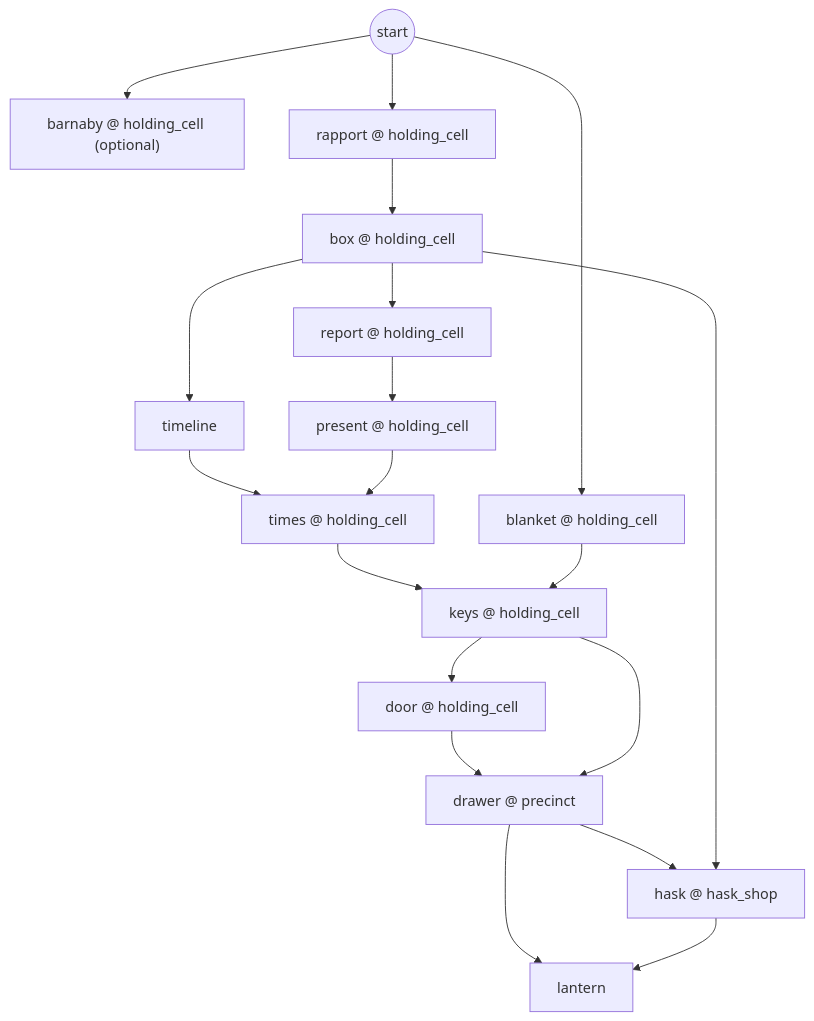
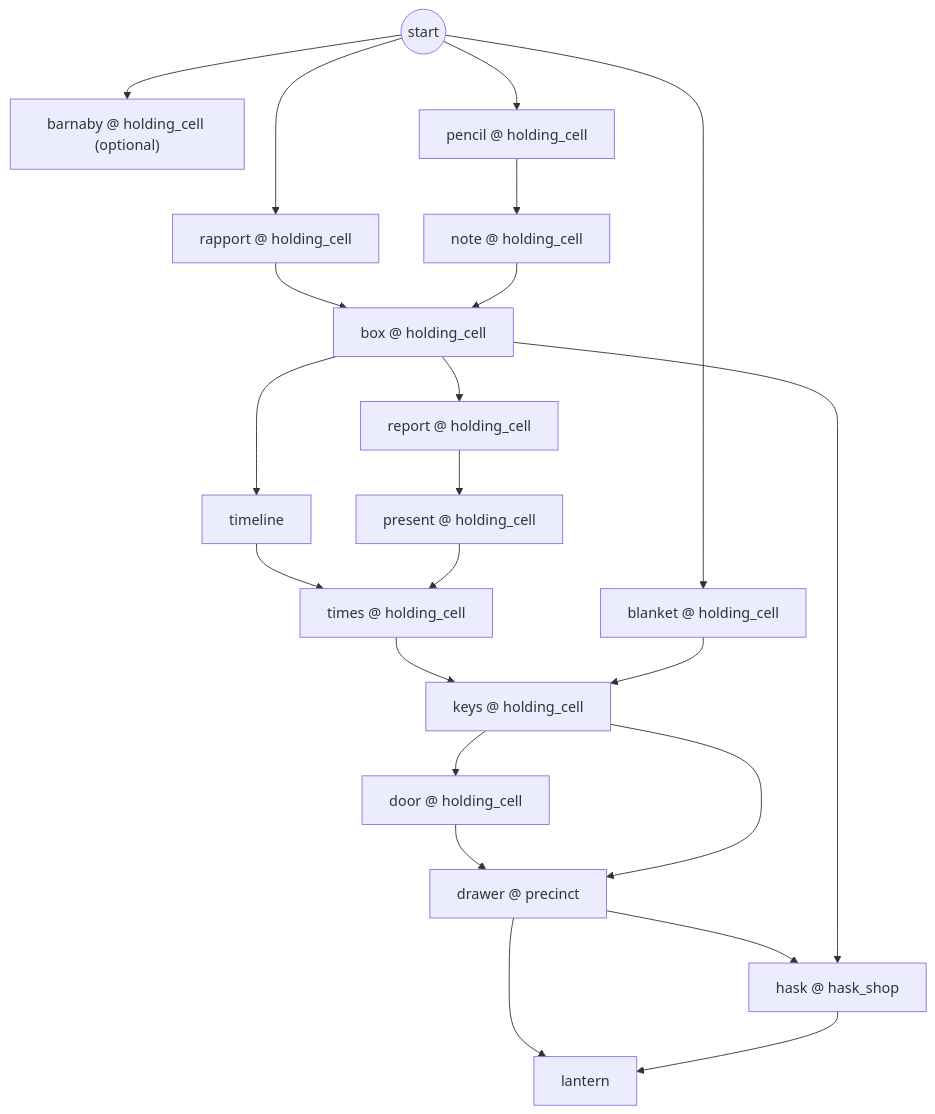
One commit to GasPhil1968/kolo-srece changed the fifth of 8 diagrams in nightlatch/docs/PUZZLE_GRAPH.md. Above: the diagram before and after it, drawn with Mermaid. The commit also changed other lines of this file and 13 other files, not shown here.

````diff
--- a/nightlatch/docs/PUZZLE_GRAPH.md
+++ b/nightlatch/docs/PUZZLE_GRAPH.md
@@ -357,35 +357,40 @@
 ```mermaid
 flowchart TD
   start5((start))
   c5_barnaby["barnaby @ holding_cell (optional)"]
   c5_rapport["rapport @ holding_cell"]
+  c5_pencil["pencil @ holding_cell"]
+  c5_note["note @ holding_cell"]
   c5_box["box @ holding_cell"]
   c5_report["report @ holding_cell"]
   c5_present["present @ holding_cell"]
   c5_timeline["timeline"]
   c5_times["times @ holding_cell"]
   c5_blanket["blanket @ holding_cell"]
   c5_keys["keys @ holding_cell"]
   c5_door["door @ holding_cell"]
   c5_drawer["drawer @ precinct"]
   c5_hask["hask @ hask_shop"]
   c5_lantern["lantern"]
   start5 --> c5_barnaby
   start5 --> c5_rapport
+  start5 --> c5_pencil
+  c5_pencil --> c5_note
   c5_rapport --> c5_box
+  c5_note --> c5_box
   c5_box --> c5_report
   c5_report --> c5_present
   c5_box --> c5_timeline
   c5_timeline --> c5_times
   c5_present --> c5_times
   start5 --> c5_blanket
   c5_times --> c5_keys
   c5_blanket --> c5_keys
   c5_keys --> c5_door
   c5_door --> c5_drawer
   c5_keys --> c5_drawer
   c5_drawer --> c5_hask
   c5_box --> c5_hask
   c5_drawer --> c5_lantern
   c5_hask --> c5_lantern
 ```
````
